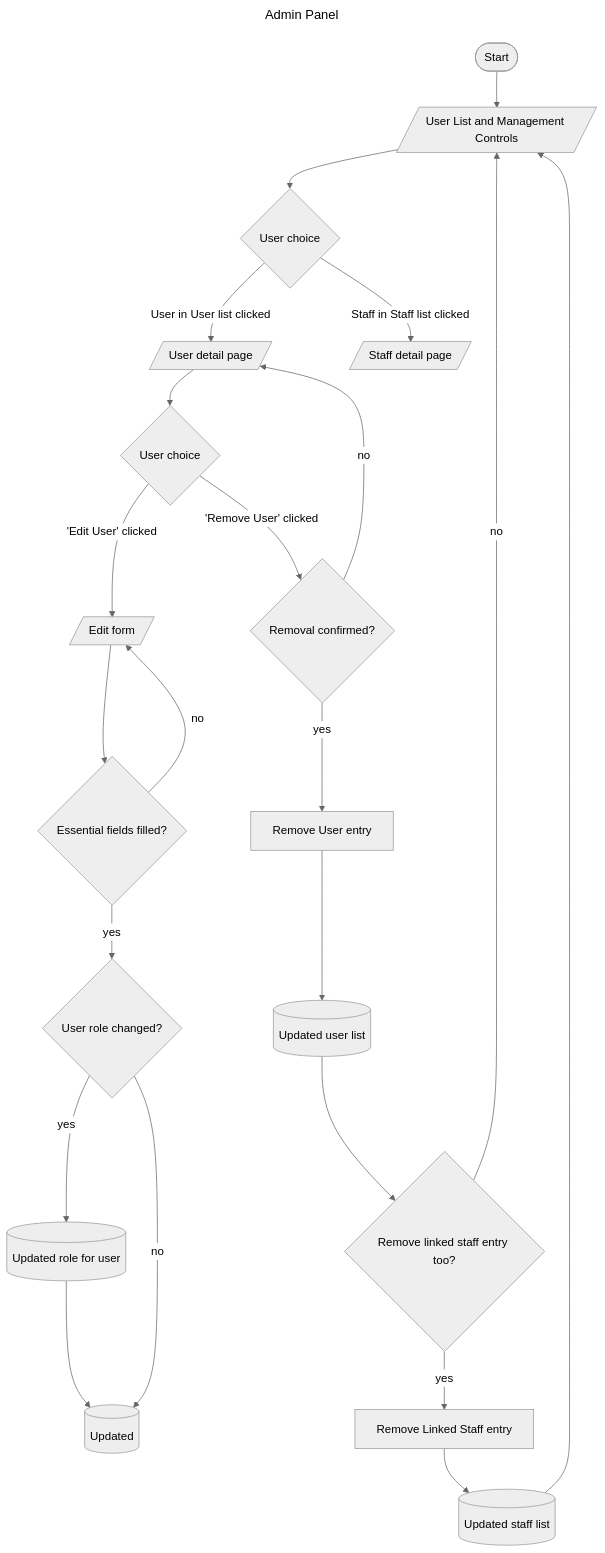
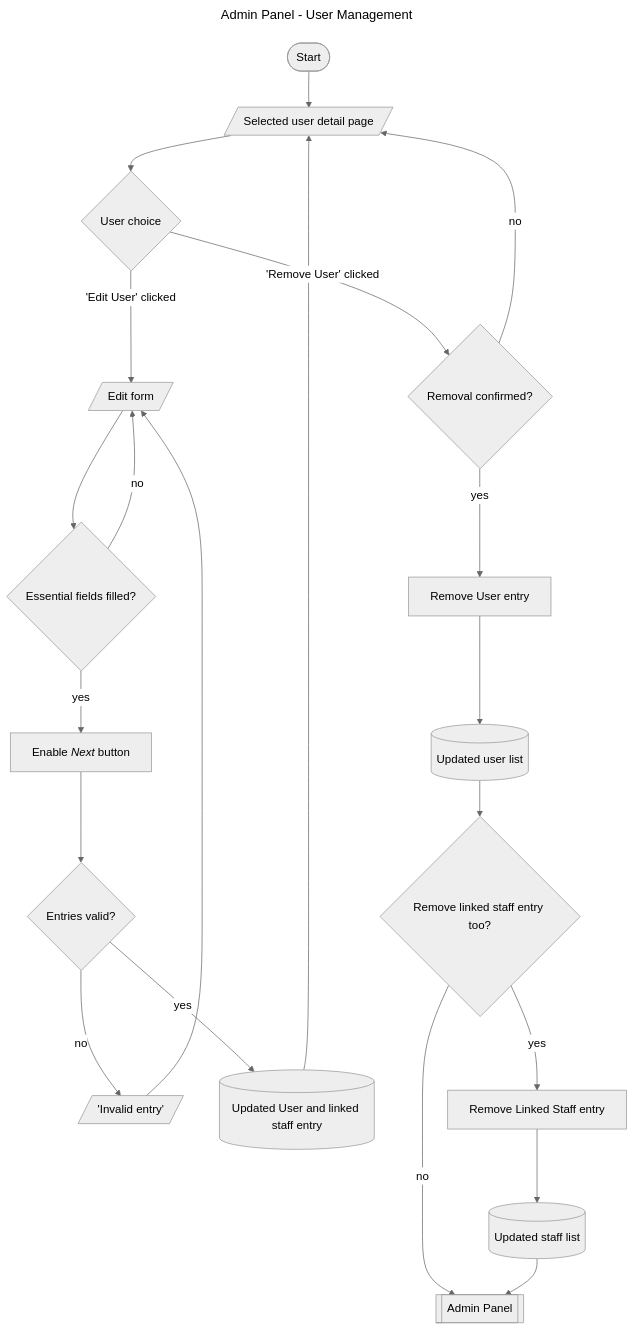
Before and after one commit to c3zbucket/advancedprogramming-project: diagram 29 of 30 in DEVELOPMENT.md, drawn with Mermaid (neutral theme). The commit also changed other lines of this file and 1 other file, not shown here.

First line of the commit message:
2026-04-06 20:54:50: Amend dev diary with multiple rectified flowcharts

````diff
--- a/DEVELOPMENT.md
+++ b/DEVELOPMENT.md
@@ -936,25 +980,22 @@
 ```mermaid
 ---
-title: Admin Panel 
+title: Admin Panel - User Management
 ---
 flowchart TD
 start([Start])
-	--> menu[/User List and Management Controls/]
-		--> choice{User choice}
-				choice -- User in User list clicked --> usr-details[/User detail page/] 
-					usr-details --> choice2{User choice}
-						choice2 -- 'Edit User' clicked --> edit[/Edit form/]
-							edit --> filled{Essential fields filled?} 
-								filled -- no --> edit
-								filled -- yes --> priv{User role changed?}
-									priv -- yes --> newrole[(Updated role for user)] --> update
-									priv -- no --> update[(Updated )]
-						choice2 -- 'Remove User' clicked --> confirm{Removal confirmed?}
-						confirm -- no --> usr-details
-						confirm -- yes --> rem1[Remove User entry] --> db[(Updated user list)] 
-						--> staffrem{Remove linked staff entry too?} 
-							staffrem -- no --> menu
-							staffrem -- yes --> del2[Remove Linked Staff entry] --> db2[(Updated staff list)] --> menu
-				choice -- Staff in Staff list clicked --> staff-details[/Staff detail page/]
-					
+--> usr-menu[/Selected user detail page/] 
+	 --> choice2{User choice}
+		choice2 -- 'Edit User' clicked --> edit[/Edit form/]
+			edit --> filled{Essential fields filled?} 
+				filled -- no --> edit
+				filled -- yes --> highlight-btn["`Enable *Next* button`"]
+					--> valid{Entries valid?} 
+						valid -- no --> invalid[/'Invalid entry'/] --> edit
+						valid -- yes --> update[(Updated User and linked staff entry)] --> usr-menu
+		choice2 -- 'Remove User' clicked --> confirm{Removal confirmed?}
+		confirm -- no --> usr-menu
+		confirm -- yes --> rem1[Remove User entry] --> db[(Updated user list)] 
+		--> staffrem{Remove linked staff entry too?} 
+			staffrem -- no --> menu[[Admin Panel]]
+			staffrem -- yes --> del2[Remove Linked Staff entry] --> db2[(Updated staff list)] --> menu
 ```
````
